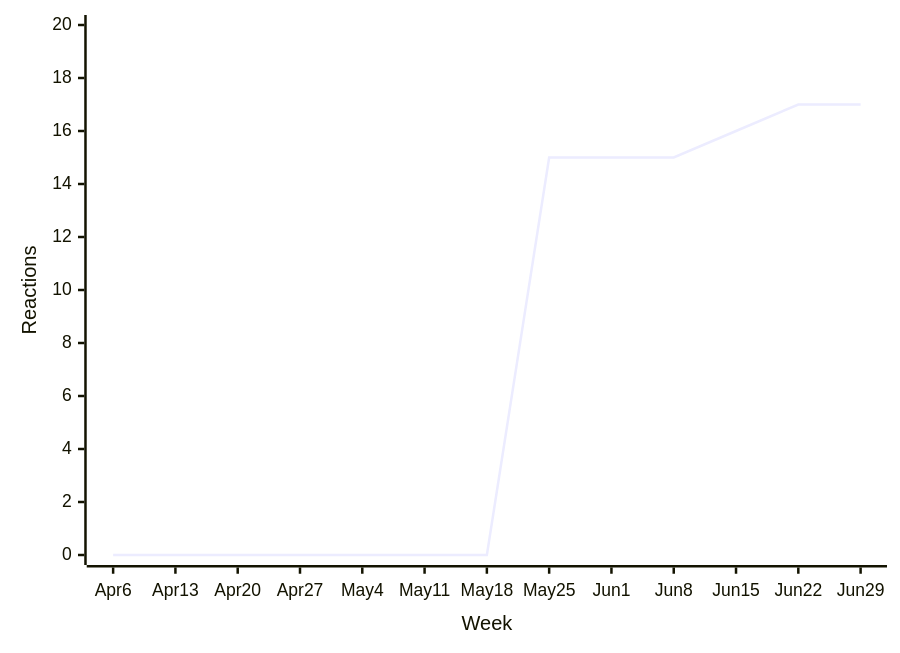
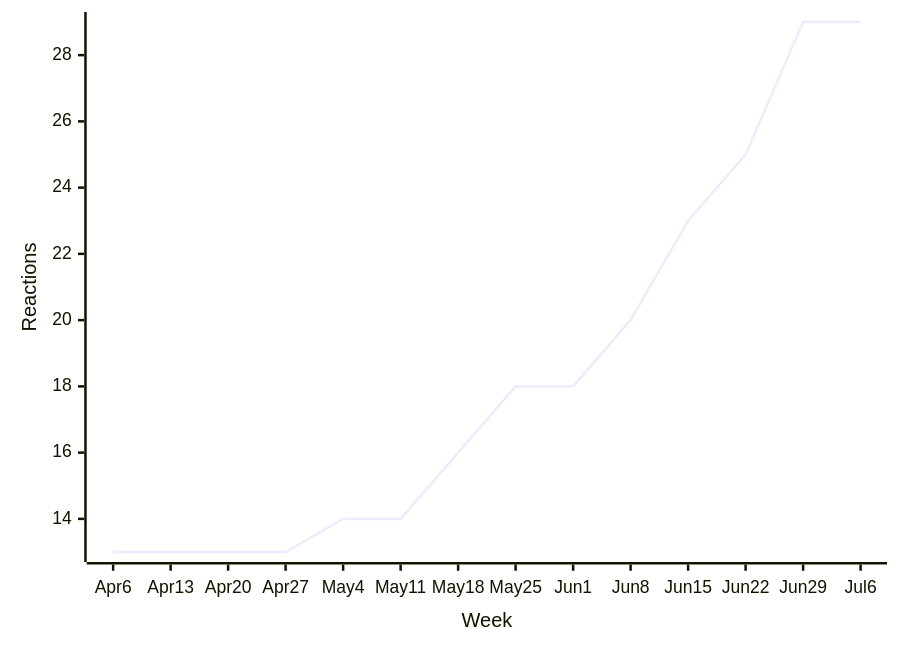
One commit to loic-sharma/github-insights changed the ninth of 48 diagrams in README.md. Above: the diagram before and after it, drawn with Mermaid. The commit also changed other lines of this file and 3 other files, not shown here.

````diff
--- a/README.md
+++ b/README.md
@@ -475,6 +475,6 @@
   ```mermaid
   xychart-beta
-    x-axis "Week" [Apr 6, Apr 13, Apr 20, Apr 27, May 4, May 11, May 18, May 25, Jun 1, Jun 8, Jun 15, Jun 22, Jun 29]
-    y-axis "Reactions" 0 --> 20
-    line [0, 0, 0, 0, 0, 0, 0, 15, 15, 15, 16, 17, 17]
+    x-axis "Week" [Apr 6, Apr 13, Apr 20, Apr 27, May 4, May 11, May 18, May 25, Jun 1, Jun 8, Jun 15, Jun 22, Jun 29, Jul 6]
+    y-axis "Reactions"
+    line [13, 13, 13, 13, 14, 14, 16, 18, 18, 20, 23, 25, 29, 29]
   ```
````
